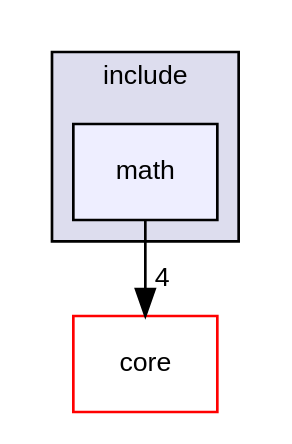
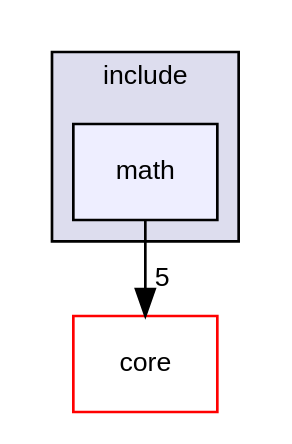
The diagram in docs/dir_25e37a84575eb2688a125a02ece6c264_dep.dot (YuruTu/NANA), drawn with Graphviz before and after one commit. The commit also changed 105 other files, not shown here.

```diff
--- a/docs/dir_25e37a84575eb2688a125a02ece6c264_dep.dot
+++ b/docs/dir_25e37a84575eb2688a125a02ece6c264_dep.dot
@@ -1,11 +1,11 @@
 digraph "NANA/modules/math/include/math" {
   compound=true
   node [ fontsize="10", fontname="Helvetica"];
   edge [ labelfontsize="10", labelfontname="Helvetica"];
   subgraph clusterdir_ae521b40900f65e001f9918ef6cf05b7 {
     graph [ bgcolor="#ddddee", pencolor="black", label="include" fontname="Helvetica", fontsize="10", URL="dir_ae521b40900f65e001f9918ef6cf05b7.html"]
   dir_25e37a84575eb2688a125a02ece6c264 [shape=box, label="math", style="filled", fillcolor="#eeeeff", pencolor="black", URL="dir_25e37a84575eb2688a125a02ece6c264.html"];
   }
   dir_c3e203e05606b384f5fc9d03652c3ac7 [shape=box label="core" fillcolor="white" style="filled" color="red" URL="dir_c3e203e05606b384f5fc9d03652c3ac7.html"];
-  dir_25e37a84575eb2688a125a02ece6c264->dir_c3e203e05606b384f5fc9d03652c3ac7 [headlabel="4", labeldistance=1.5 headhref="dir_000017_000006.html"];
+  dir_25e37a84575eb2688a125a02ece6c264->dir_c3e203e05606b384f5fc9d03652c3ac7 [headlabel="5", labeldistance=1.5 headhref="dir_000017_000006.html"];
 }
```
